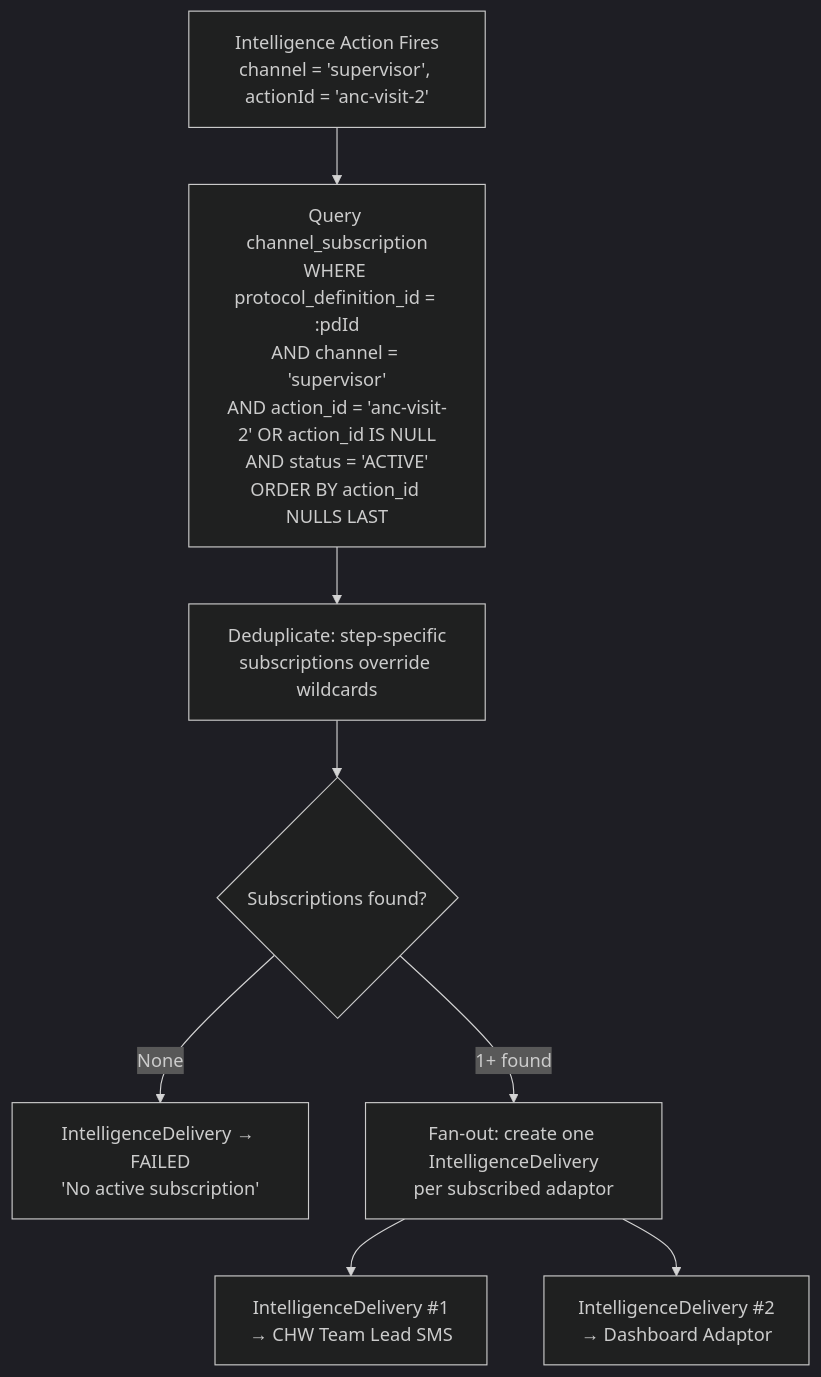
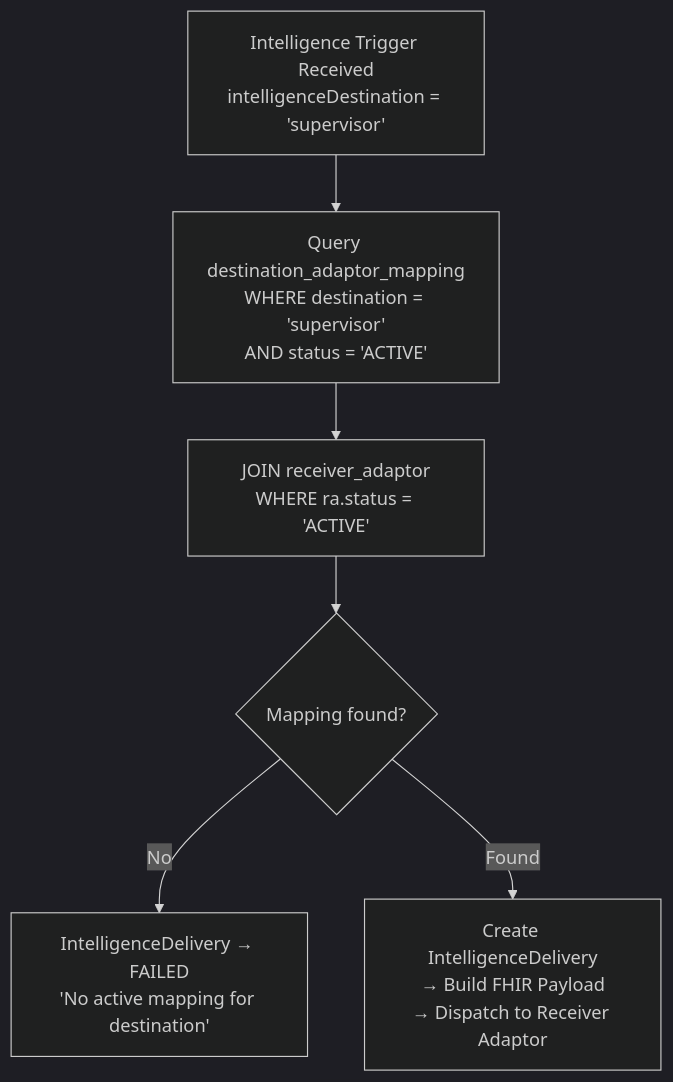
The fifth of 6 diagrams in docs/architecture-overview.md (Jayaprakash8887/cce-intelligence-service), drawn with Mermaid (dark theme) before and after one commit. The commit also changed other lines of this file and 39 other files, not shown here.

First line of the commit message:
feat: Refactor channel subscription to destination adaptor mapping

````diff
--- a/docs/architecture-overview.md
+++ b/docs/architecture-overview.md
@@ -456,10 +438,8 @@
 ```mermaid
 flowchart TD
-    ACTION["Intelligence Action Fires<br/>channel = 'supervisor', actionId = 'anc-visit-2'"] --> LOOKUP["Query channel_subscription<br/>WHERE protocol_definition_id = :pdId<br/>AND channel = 'supervisor'<br/>AND action_id = 'anc-visit-2' OR action_id IS NULL<br/>AND status = 'ACTIVE'<br/>ORDER BY action_id NULLS LAST"]
-    LOOKUP --> DEDUP["Deduplicate: step-specific<br/>subscriptions override wildcards"]
-    DEDUP --> RESULT{"Subscriptions found?"}
-    RESULT -->|"None"| FAIL["IntelligenceDelivery → FAILED<br/>'No active subscription'"]
-    RESULT -->|"1+ found"| FANOUT["Fan-out: create one IntelligenceDelivery<br/>per subscribed adaptor"]
-    FANOUT --> D1["IntelligenceDelivery #1<br/>→ CHW Team Lead SMS"]
-    FANOUT --> D2["IntelligenceDelivery #2<br/>→ Dashboard Adaptor"]
+    ACTION["Intelligence Trigger Received<br/>intelligenceDestination = 'supervisor'"] --> LOOKUP["Query destination_adaptor_mapping<br/>WHERE destination = 'supervisor'<br/>AND status = 'ACTIVE'"]
+    LOOKUP --> JOIN["JOIN receiver_adaptor<br/>WHERE ra.status = 'ACTIVE'"]
+    JOIN --> RESULT{"Mapping found?"}
+    RESULT -->|"No"| FAIL["IntelligenceDelivery → FAILED<br/>'No active mapping for destination'"]
+    RESULT -->|"Found"| DELIVER["Create IntelligenceDelivery<br/>→ Build FHIR Payload<br/>→ Dispatch to Receiver Adaptor"]
 ```
````
